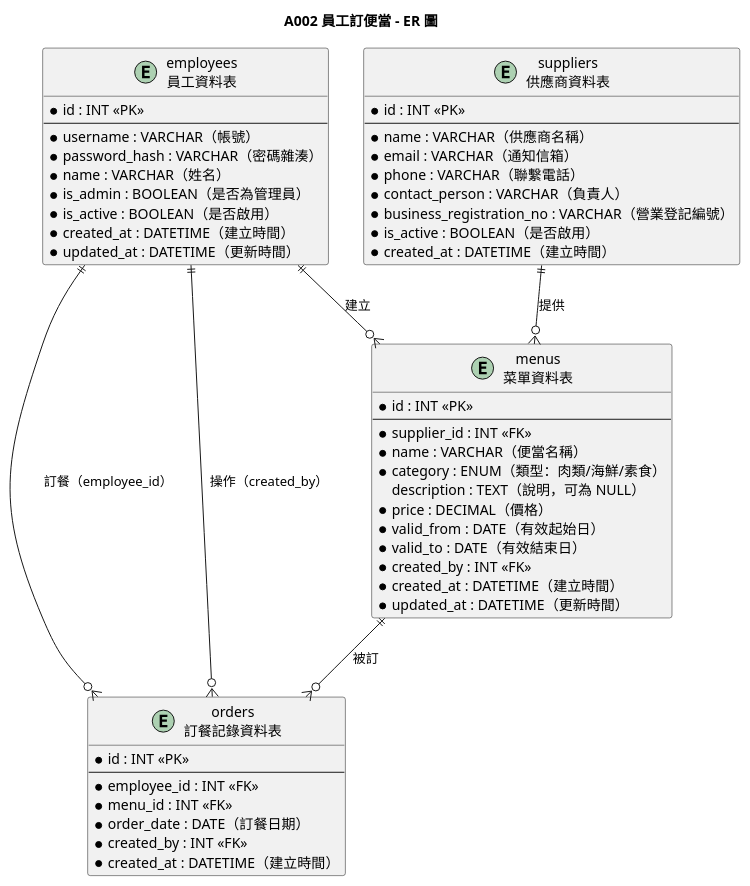
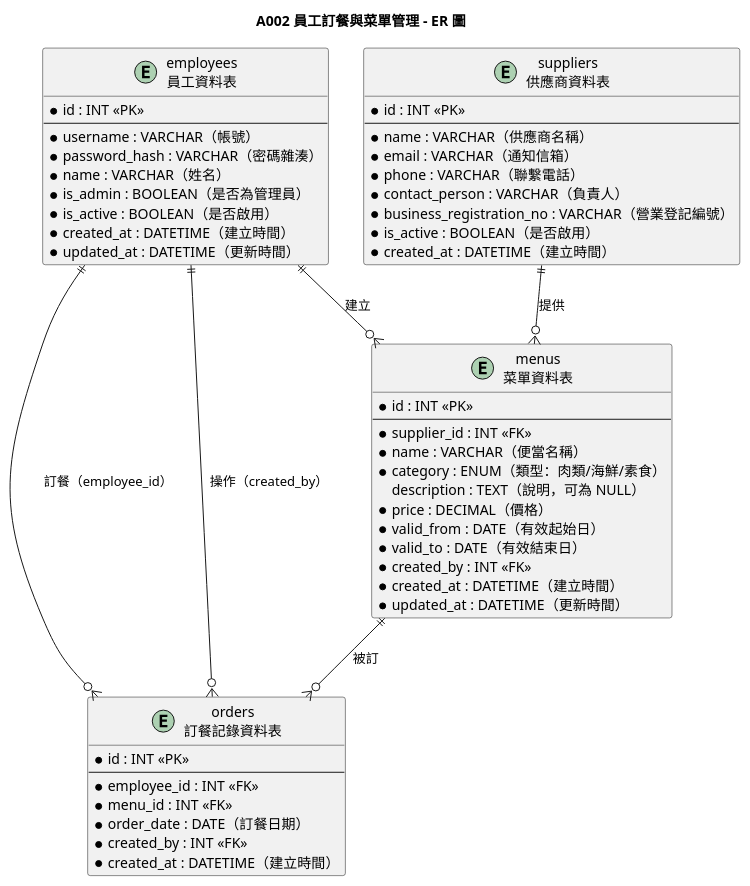
Before and after one commit to teyhawzhe/bento-uml: the diagram in output/A002/A002-er.puml, drawn with PlantUML. The commit also changed 30 other files, not shown here.

```diff
--- a/output/A002/A002-er.puml
+++ b/output/A002/A002-er.puml
@@ -1,60 +1,60 @@
 @startuml A002-er
 
-title A002 員工訂便當 - ER 圖
+title A002 員工訂餐與菜單管理 - ER 圖
 
 entity "employees\n員工資料表" as employees {
   * id : INT <<PK>>
   --
   * username : VARCHAR（帳號）
   * password_hash : VARCHAR（密碼雜湊）
   * name : VARCHAR（姓名）
   * is_admin : BOOLEAN（是否為管理員）
   * is_active : BOOLEAN（是否啟用）
   * created_at : DATETIME（建立時間）
   * updated_at : DATETIME（更新時間）
 }
 
 entity "suppliers\n供應商資料表" as suppliers {
   * id : INT <<PK>>
   --
   * name : VARCHAR（供應商名稱）
   * email : VARCHAR（通知信箱）
   * phone : VARCHAR（聯繫電話）
   * contact_person : VARCHAR（負責人）
   * business_registration_no : VARCHAR（營業登記編號）
   * is_active : BOOLEAN（是否啟用）
   * created_at : DATETIME（建立時間）
 }
 
 entity "menus\n菜單資料表" as menus {
   * id : INT <<PK>>
   --
   * supplier_id : INT <<FK>>
   * name : VARCHAR（便當名稱）
   * category : ENUM（類型：肉類/海鮮/素食）
   description : TEXT（說明，可為 NULL）
   * price : DECIMAL（價格）
   * valid_from : DATE（有效起始日）
   * valid_to : DATE（有效結束日）
   * created_by : INT <<FK>>
   * created_at : DATETIME（建立時間）
   * updated_at : DATETIME（更新時間）
 }
 
 entity "orders\n訂餐記錄資料表" as orders {
   * id : INT <<PK>>
   --
   * employee_id : INT <<FK>>
   * menu_id : INT <<FK>>
   * order_date : DATE（訂餐日期）
   * created_by : INT <<FK>>
   * created_at : DATETIME（建立時間）
 }
 
 suppliers ||--o{ menus : "提供"
 employees ||--o{ menus : "建立"
 employees ||--o{ orders : "訂餐（employee_id）"
 employees ||--o{ orders : "操作（created_by）"
 menus ||--o{ orders : "被訂"
 
 @enduml
```
